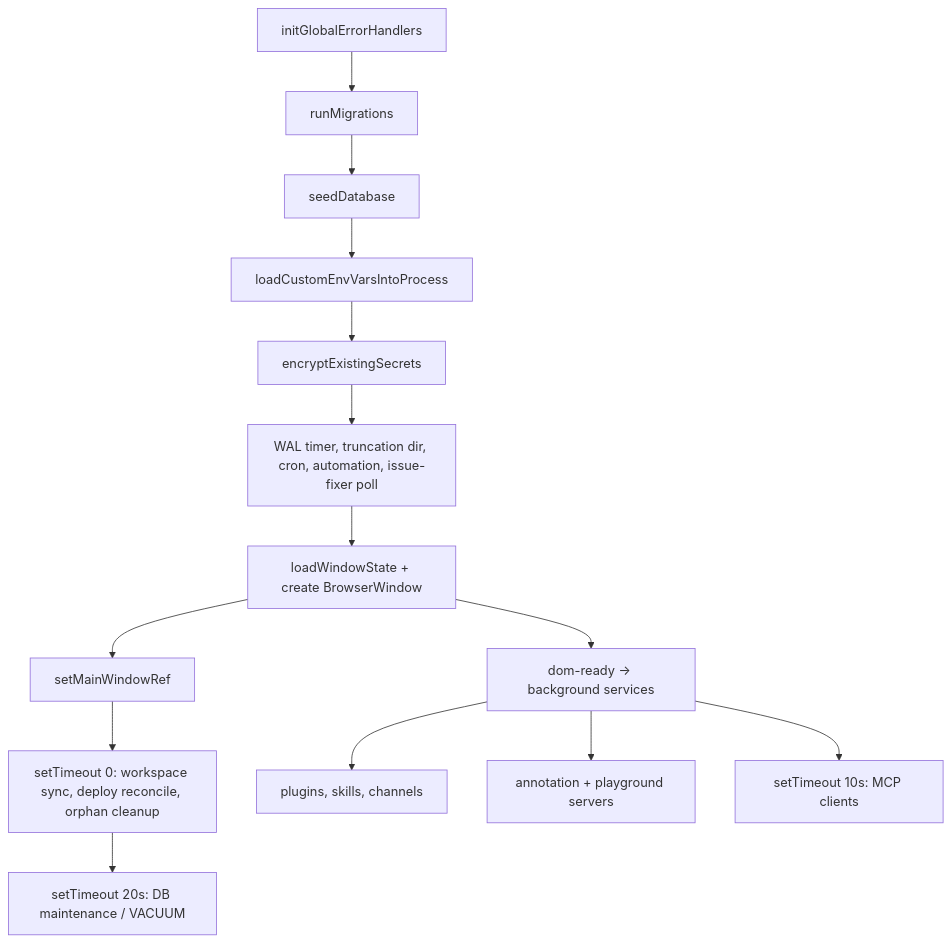
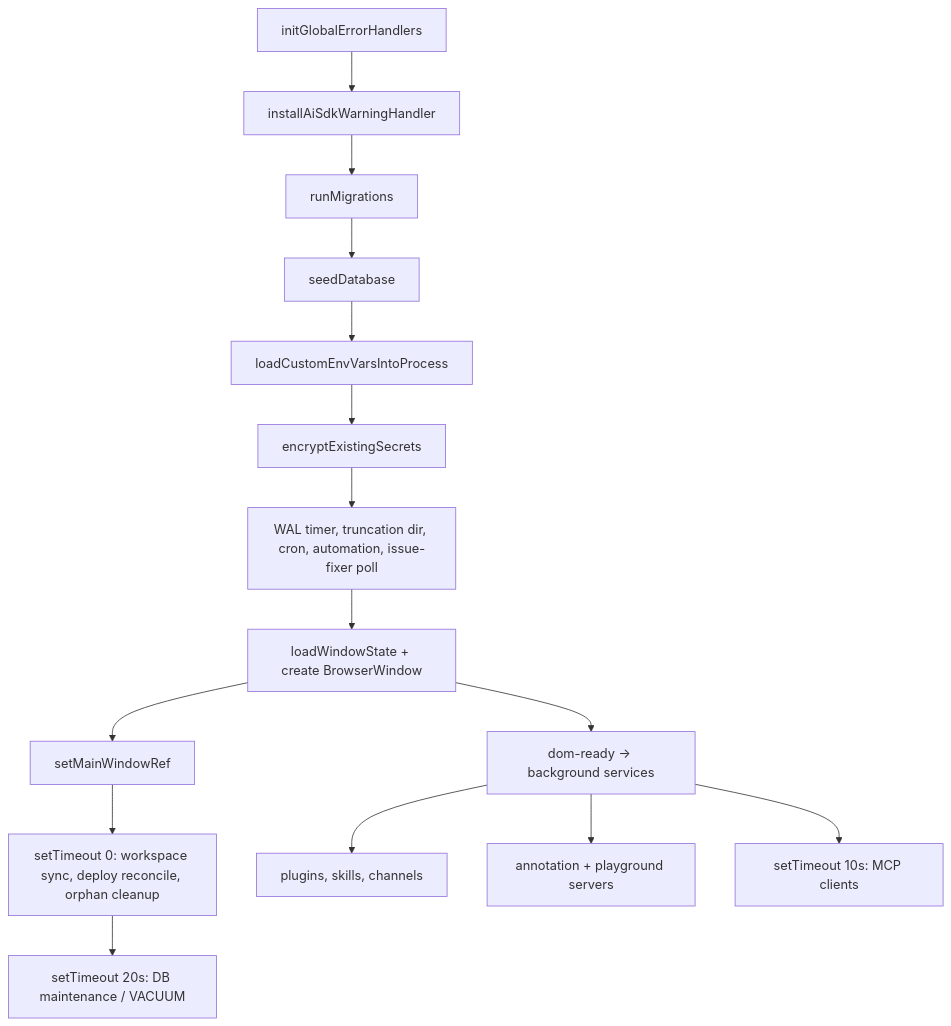
The diagram in project-wiki/subsystems/backend-core.md (sarfraznawaz2005/agentdesk), drawn with Mermaid before and after one commit. The commit also changed other lines of this file and 2 other files, not shown here.

Commit message:
feat: add AI SDK warning logging and update error handling in backend core

````diff
--- a/project-wiki/subsystems/backend-core.md
+++ b/project-wiki/subsystems/backend-core.md
@@ -40,16 +40,17 @@
 ```mermaid
 flowchart TD
-  EH[initGlobalErrorHandlers] --> MIG[runMigrations]
+  EH[initGlobalErrorHandlers] --> AISDK[installAiSdkWarningHandler]
+  AISDK --> MIG[runMigrations]
   MIG --> SEED[seedDatabase]
   SEED --> ENV[loadCustomEnvVarsIntoProcess]
   ENV --> ENC[encryptExistingSecrets]
   ENC --> EARLY[WAL timer, truncation dir, cron, automation, issue-fixer poll]
   EARLY --> WIN[loadWindowState + create BrowserWindow]
   WIN --> REF[setMainWindowRef]
   REF --> DEFER[setTimeout 0: workspace sync, deploy reconcile, orphan cleanup]
   DEFER --> MAINT[setTimeout 20s: DB maintenance / VACUUM]
   WIN --> DR[dom-ready -> background services]
   DR --> PLUG[plugins, skills, channels]
   DR --> SRV[annotation + playground servers]
   DR --> MCP[setTimeout 10s: MCP clients]
 ```
````
